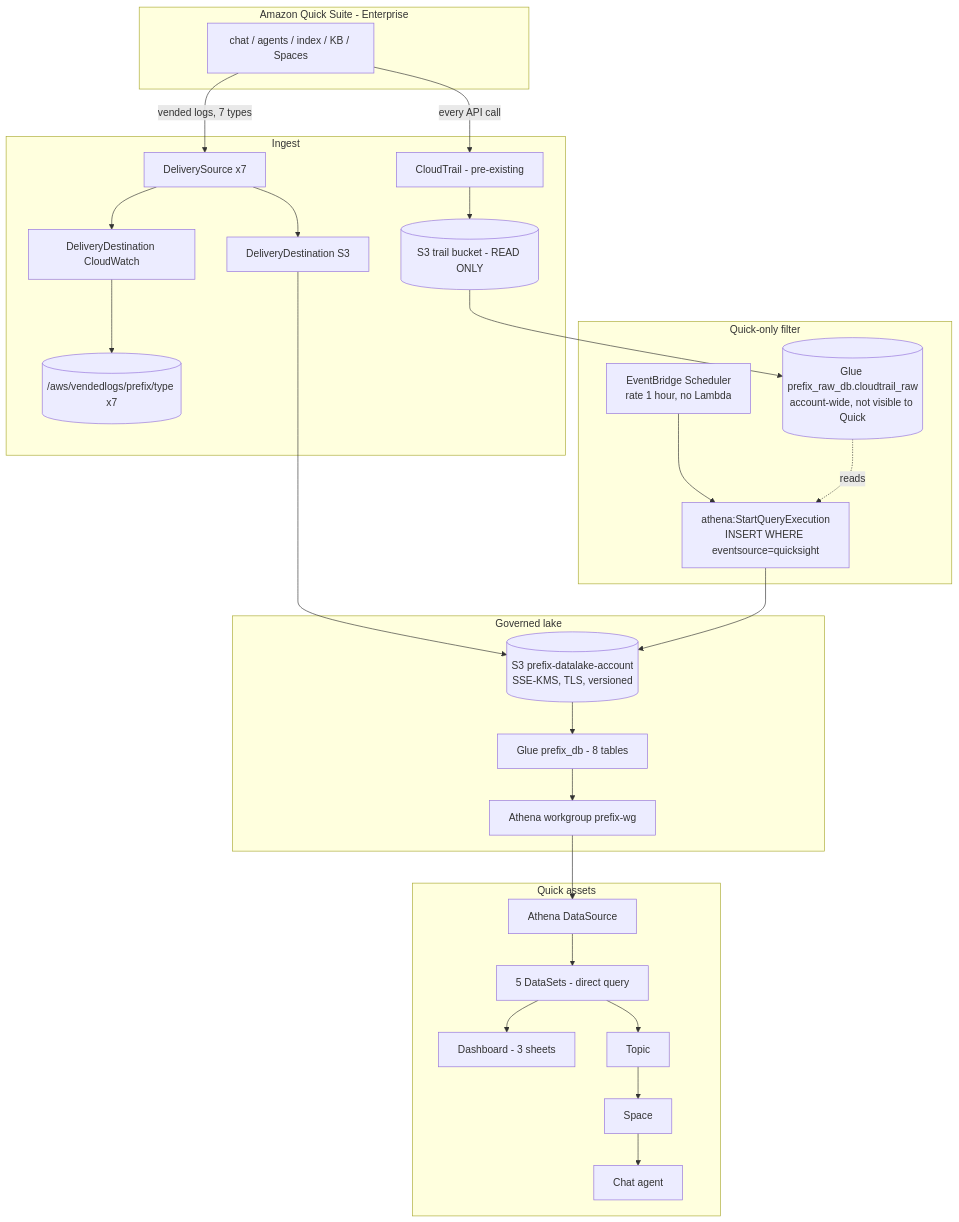
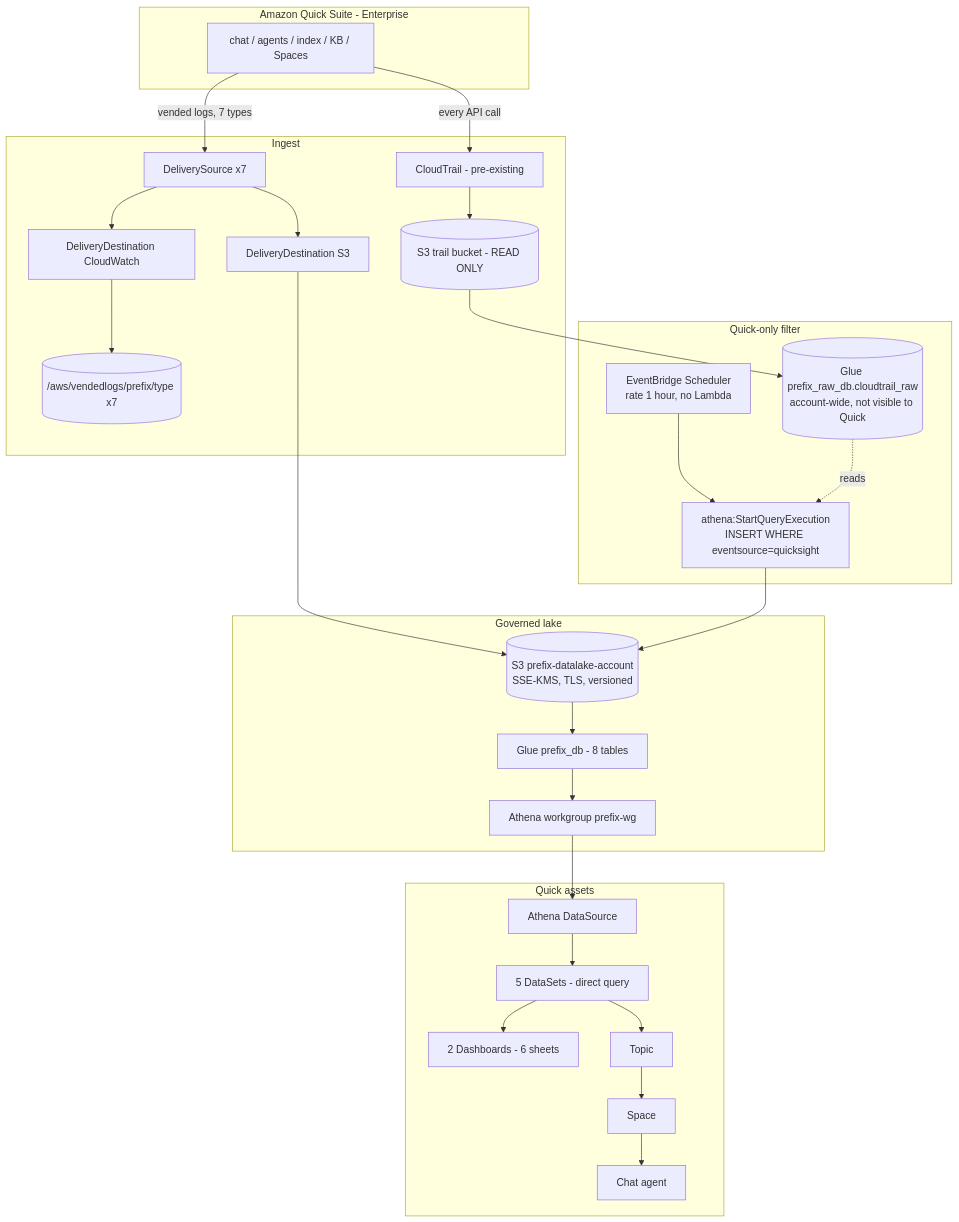
The first of 3 diagrams in ARCHITECTURE.md (abhinandan8911/aws-quick-observability), drawn with Mermaid before and after one commit. The commit also changed other lines of this file and 11 other files, not shown here.

````diff
--- a/ARCHITECTURE.md
+++ b/ARCHITECTURE.md
@@ -110,46 +38,46 @@
 ```mermaid
 flowchart TB
   subgraph QUICK[Amazon Quick Suite - Enterprise]
     Q[chat / agents / index / KB / Spaces]
   end
 
   subgraph INGEST[Ingest]
     DS[DeliverySource x7]
     DD1[DeliveryDestination S3]
     DD2[DeliveryDestination CloudWatch]
     CWL[(/aws/vendedlogs/prefix/type x7)]
     CT[CloudTrail - pre-existing]
     TB[(S3 trail bucket - READ ONLY)]
   end
 
   subgraph FILTER[Quick-only filter]
     RAW[(Glue prefix_raw_db.cloudtrail_raw<br/>account-wide, not visible to Quick)]
     SCH[EventBridge Scheduler<br/>rate 1 hour, no Lambda]
     ATH1[athena:StartQueryExecution<br/>INSERT WHERE eventsource=quicksight]
   end
 
   subgraph LAKE[Governed lake]
     S3[(S3 prefix-datalake-account<br/>SSE-KMS, TLS, versioned)]
     GLUE[Glue prefix_db - 8 tables]
     WG[Athena workgroup prefix-wg]
   end
 
   subgraph QA[Quick assets]
     DSRC[Athena DataSource]
     SETS[5 DataSets - direct query]
-    DASH[Dashboard - 3 sheets]
+    DASH[2 Dashboards - 6 sheets]
     TOPIC[Topic]
     SPACE[Space]
     AGENT[Chat agent]
   end
 
   Q -->|vended logs, 7 types| DS
   DS --> DD1 --> S3
   DS --> DD2 --> CWL
   Q -->|every API call| CT --> TB --> RAW
   SCH --> ATH1 --> S3
   RAW -.reads.-> ATH1
   S3 --> GLUE --> WG --> DSRC --> SETS
   SETS --> DASH
   SETS --> TOPIC --> SPACE --> AGENT
 ```
````
